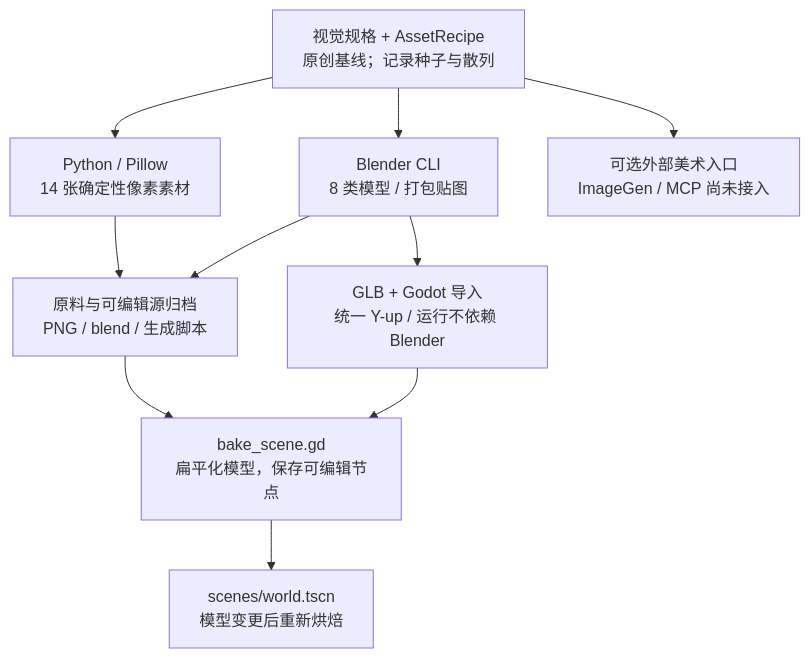
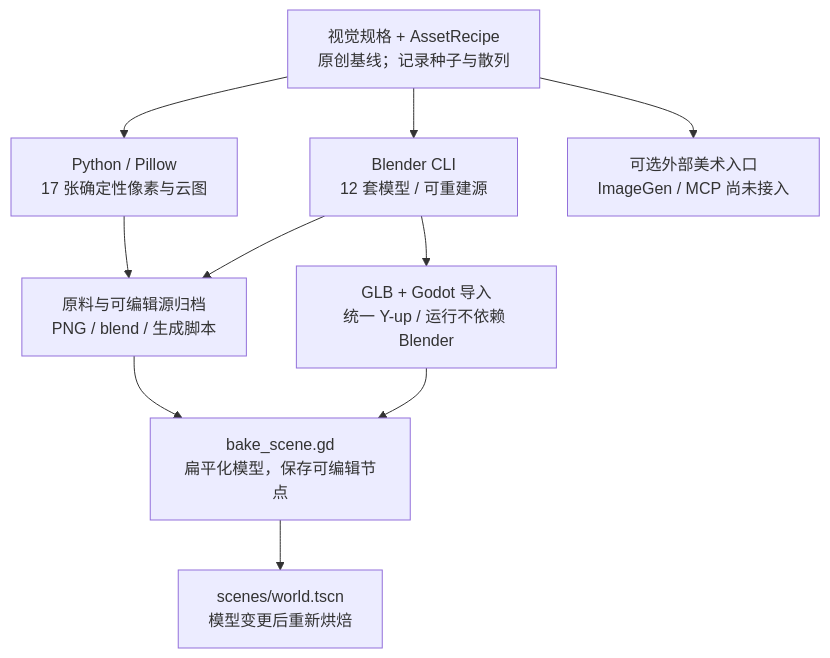
The diagram in docs/workflows/assets.mmd (winkidney/hd-2d-godot), drawn with Mermaid before and after one commit. The commit also changed 186 other files, not shown here.

```diff
--- a/docs/workflows/assets.mmd
+++ b/docs/workflows/assets.mmd
@@ -1,18 +1,18 @@
 flowchart TD
     spec["视觉规格 + AssetRecipe<br/>原创基线；记录种子与散列"]
-    pixel["Python / Pillow<br/>14 张确定性像素素材"]
-    blender["Blender CLI<br/>8 类模型 / 打包贴图"]
+    pixel["Python / Pillow<br/>17 张确定性像素与云图"]
+    blender["Blender CLI<br/>12 套模型 / 可重建源"]
     optional["可选外部美术入口<br/>ImageGen / MCP 尚未接入"]
     source["原料与可编辑源归档<br/>PNG / blend / 生成脚本"]
     glb["GLB + Godot 导入<br/>统一 Y-up / 运行不依赖 Blender"]
     bake["bake_scene.gd<br/>扁平化模型，保存可编辑节点"]
     world["scenes/world.tscn<br/>模型变更后重新烘焙"]
     spec --> pixel
     spec --> blender
     spec --> optional
     pixel --> source
     blender --> source
     blender --> glb
     glb --> bake
     source --> bake
     bake --> world
```
